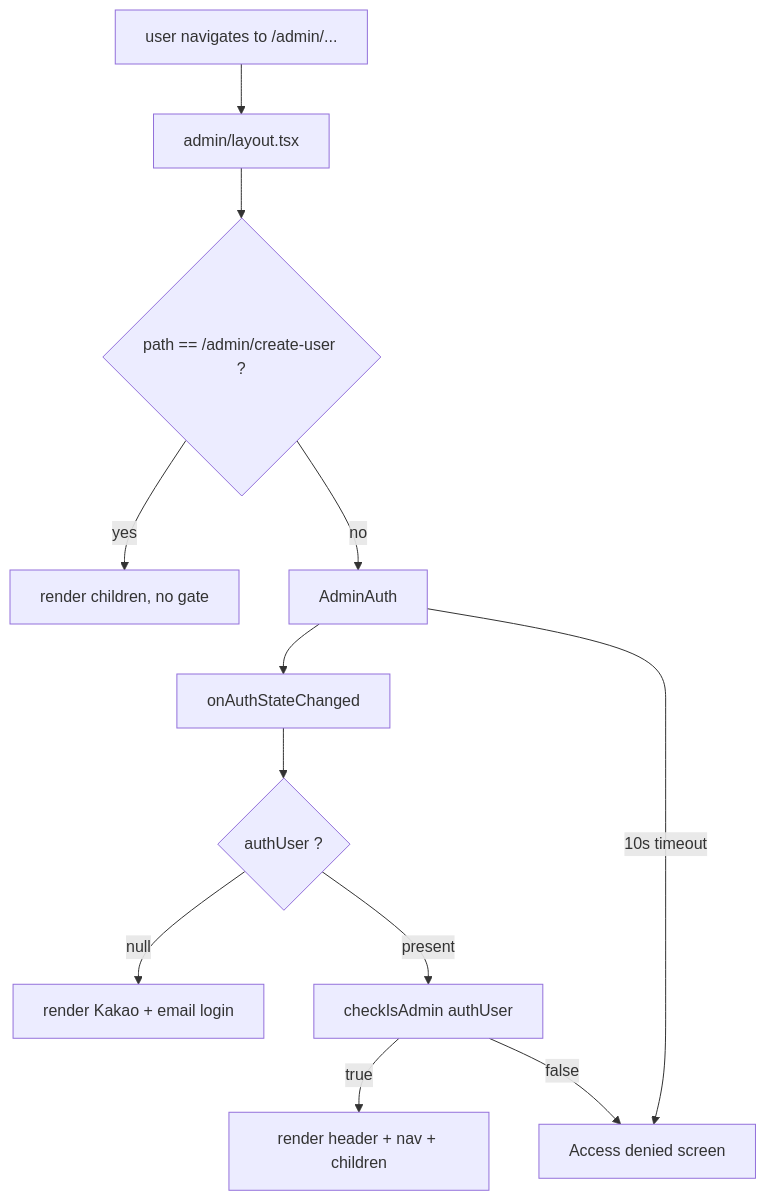
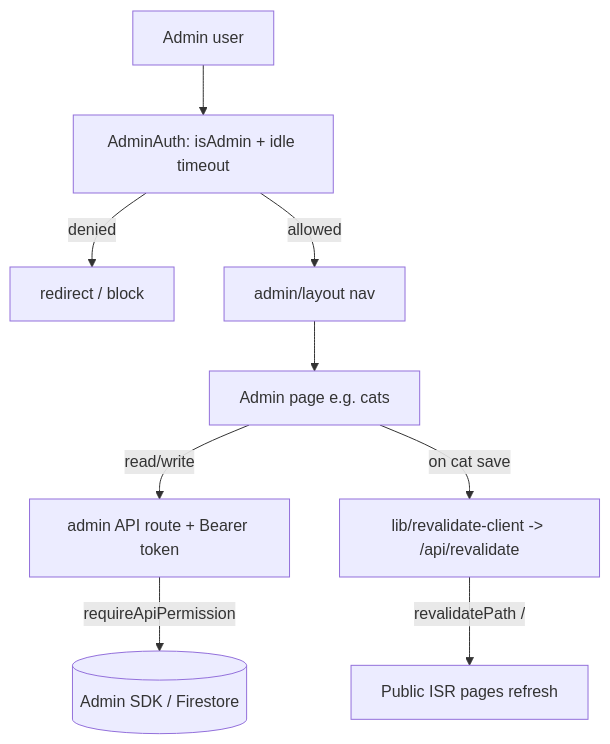
Before and after one commit to wwolfyy/mohocat: the first of 2 diagrams in docs/codebase/admin-platform.md, drawn with Mermaid. The commit also changed other lines of this file and 12 other files, not shown here.

````diff
--- a/docs/codebase/admin-platform.md
+++ b/docs/codebase/admin-platform.md
@@ -36,14 +32,11 @@
 ```mermaid
 flowchart TD
-    Visit[user navigates to /admin/...] --> Layout[admin/layout.tsx]
-    Layout --> Bypass{path == /admin/create-user ?}
-    Bypass -->|yes| Children[render children, no gate]
-    Bypass -->|no| Auth[AdminAuth]
-    Auth --> OnState[onAuthStateChanged]
-    OnState --> User{authUser ?}
-    User -->|null| Login[render Kakao + email login]
-    User -->|present| IsAdmin[checkIsAdmin authUser]
-    IsAdmin -->|true| Render[render header + nav + children]
-    IsAdmin -->|false| Denied[Access denied screen]
-    Auth -->|10s timeout| Denied
+    Admin[Admin user] --> Gate[AdminAuth: isAdmin + idle timeout]
+    Gate -->|denied| Redirect[redirect / block]
+    Gate -->|allowed| Layout[admin/layout nav]
+    Layout --> Page[Admin page e.g. cats]
+    Page -->|read/write| Route[admin API route + Bearer token]
+    Route -->|requireApiPermission| AdminSDK[(Admin SDK / Firestore)]
+    Page -->|on cat save| Reval[lib/revalidate-client -> /api/revalidate]
+    Reval -->|revalidatePath /| Public[Public ISR pages refresh]
 ```
````
